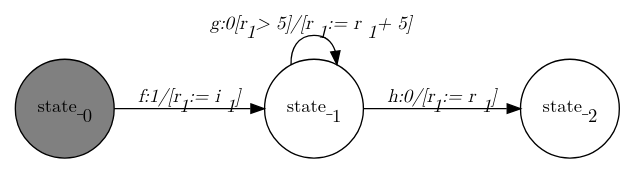
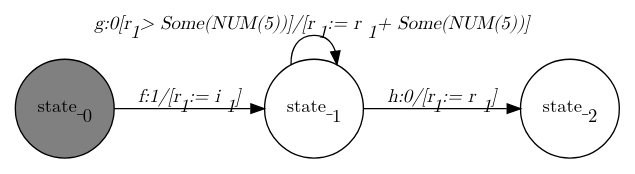
Before and after one commit to jmafoster1/efsm-sal: the diagram in dotfiles/Horrible_Example_2.dot, drawn with Graphviz. The commit also changed 14 other files, not shown here.

```diff
--- a/dotfiles/Horrible_Example_2.dot
+++ b/dotfiles/Horrible_Example_2.dot
@@ -1,13 +1,13 @@
 digraph Horrible_Example_2{
    graph [rankdir="LR", fontname="Latin Modern Math"];
    node [color="black", fillcolor="white", shape="circle", style="filled", fontname="Latin Modern Math"];
    edge [fontname="Latin Modern Math"];
 
    State_0[fillcolor="gray", label=<state_<sub>0</sub>>];
    State_1[label=<state_<sub>1</sub>>];
    State_2[label=<state_<sub>2</sub>>];
 
    State_0->State_1[label=<<i>f:1/&#91;r<sub>1</sub> := i<sub>1</sub>&#93;</i>>];
-   State_1->State_1[label=<<i>g:0&#91;r<sub>1</sub> &gt; 5&#93;/&#91;r<sub>1</sub> := r<sub>1</sub> + 5&#93;</i>>];
+   State_1->State_1[label=<<i>g:0&#91;r<sub>1</sub> &gt; Some(NUM(5))&#93;/&#91;r<sub>1</sub> := r<sub>1</sub> + Some(NUM(5))&#93;</i>>];
    State_1->State_2[label=<<i>h:0/&#91;r<sub>1</sub> := r<sub>1</sub>&#93;</i>>];
 }
```
